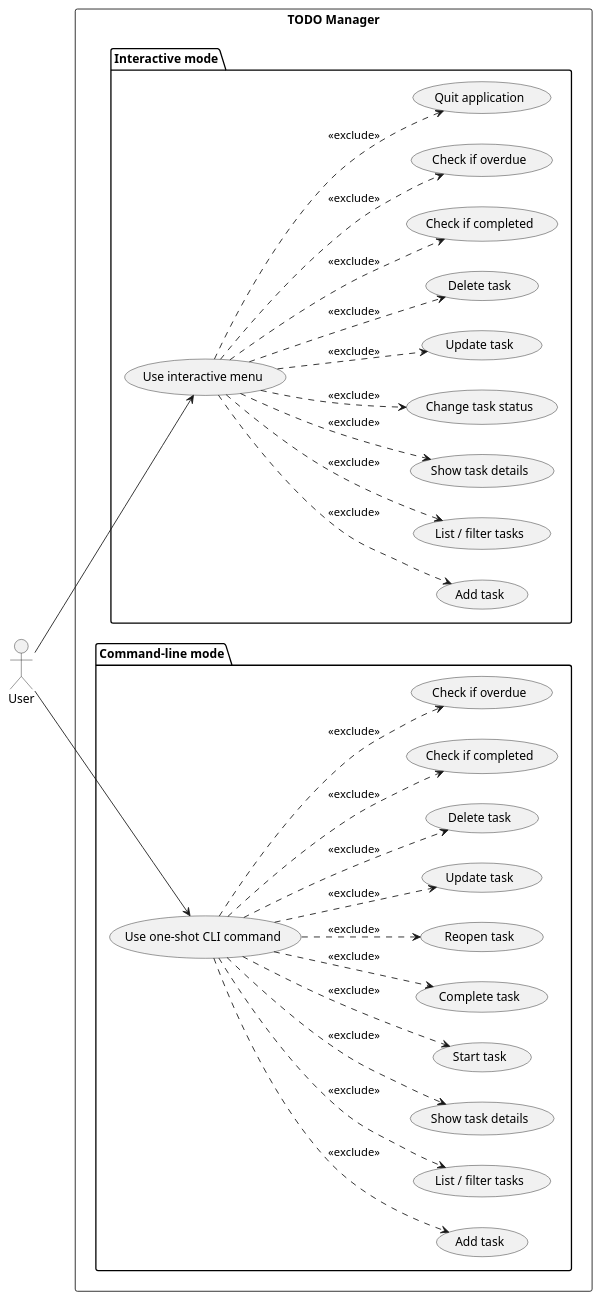
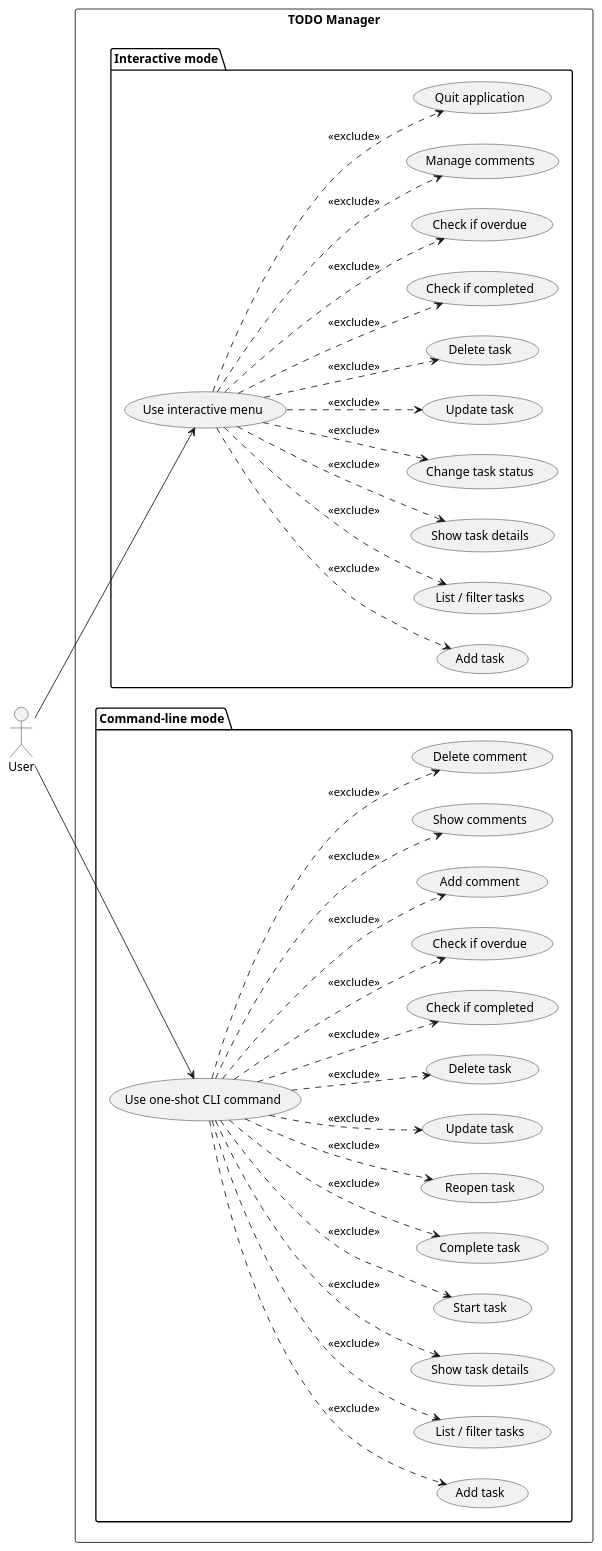
The diagram in experiments/pipeline/structured_text/TODO/artifacts/use_case_diagram.puml (DanielRiha8906/Software_autoevolution_using_agents), drawn with PlantUML before and after one commit. The commit also changed 16 other files, not shown here.

```diff
--- a/experiments/pipeline/structured_text/TODO/artifacts/use_case_diagram.puml
+++ b/experiments/pipeline/structured_text/TODO/artifacts/use_case_diagram.puml
@@ -1,61 +1,69 @@
 @startuml use_case_diagram
 
 left to right direction
 
 actor User
 
 rectangle "TODO Manager" {
 
   package "Interactive mode" {
     usecase "Use interactive menu" as UI
     usecase "Add task" as I_ADD
     usecase "List / filter tasks" as I_LIST
     usecase "Show task details" as I_SHOW
     usecase "Change task status" as I_STATUS
     usecase "Update task" as I_UPDATE
     usecase "Delete task" as I_DELETE
     usecase "Check if completed" as I_COMPLETED
     usecase "Check if overdue" as I_OVERDUE
+    usecase "Manage comments" as I_COMMENTS
     usecase "Quit application" as I_QUIT
   }
 
   package "Command-line mode" {
     usecase "Use one-shot CLI command" as CLI
     usecase "Add task" as C_ADD
     usecase "List / filter tasks" as C_LIST
     usecase "Show task details" as C_SHOW
     usecase "Start task" as C_START
     usecase "Complete task" as C_DONE
     usecase "Reopen task" as C_REOPEN
     usecase "Update task" as C_UPDATE
     usecase "Delete task" as C_DELETE
     usecase "Check if completed" as C_COMPLETED
     usecase "Check if overdue" as C_OVERDUE
+    usecase "Add comment" as C_ADD_COMMENT
+    usecase "Show comments" as C_SHOW_COMMENTS
+    usecase "Delete comment" as C_DELETE_COMMENT
   }
 }
 
 User --> UI
 User --> CLI
 
 UI ..> I_ADD       : <<exclude>>
 UI ..> I_LIST      : <<exclude>>
 UI ..> I_SHOW      : <<exclude>>
 UI ..> I_STATUS    : <<exclude>>
 UI ..> I_UPDATE    : <<exclude>>
 UI ..> I_DELETE    : <<exclude>>
 UI ..> I_COMPLETED : <<exclude>>
 UI ..> I_OVERDUE   : <<exclude>>
+UI ..> I_COMMENTS  : <<exclude>>
 UI ..> I_QUIT      : <<exclude>>
 
-CLI ..> C_ADD       : <<exclude>>
-CLI ..> C_LIST      : <<exclude>>
-CLI ..> C_SHOW      : <<exclude>>
-CLI ..> C_START     : <<exclude>>
-CLI ..> C_DONE      : <<exclude>>
-CLI ..> C_REOPEN    : <<exclude>>
-CLI ..> C_UPDATE    : <<exclude>>
-CLI ..> C_DELETE    : <<exclude>>
-CLI ..> C_COMPLETED : <<exclude>>
-CLI ..> C_OVERDUE   : <<exclude>>
+CLI ..> C_ADD            : <<exclude>>
+CLI ..> C_LIST           : <<exclude>>
+CLI ..> C_SHOW           : <<exclude>>
+CLI ..> C_START          : <<exclude>>
+CLI ..> C_DONE           : <<exclude>>
+CLI ..> C_REOPEN         : <<exclude>>
+CLI ..> C_UPDATE         : <<exclude>>
+CLI ..> C_DELETE         : <<exclude>>
+CLI ..> C_COMPLETED      : <<exclude>>
+CLI ..> C_OVERDUE        : <<exclude>>
+CLI ..> C_ADD_COMMENT    : <<exclude>>
+CLI ..> C_SHOW_COMMENTS  : <<exclude>>
+CLI ..> C_DELETE_COMMENT : <<exclude>>
 
 @enduml
```
